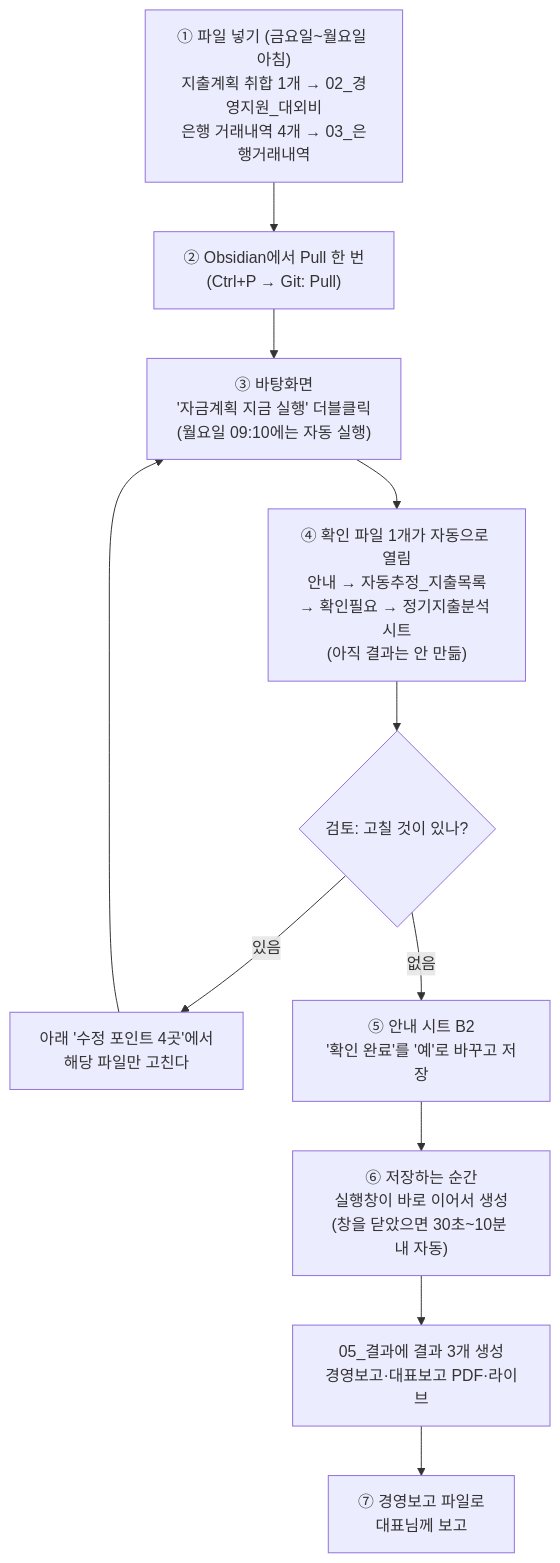
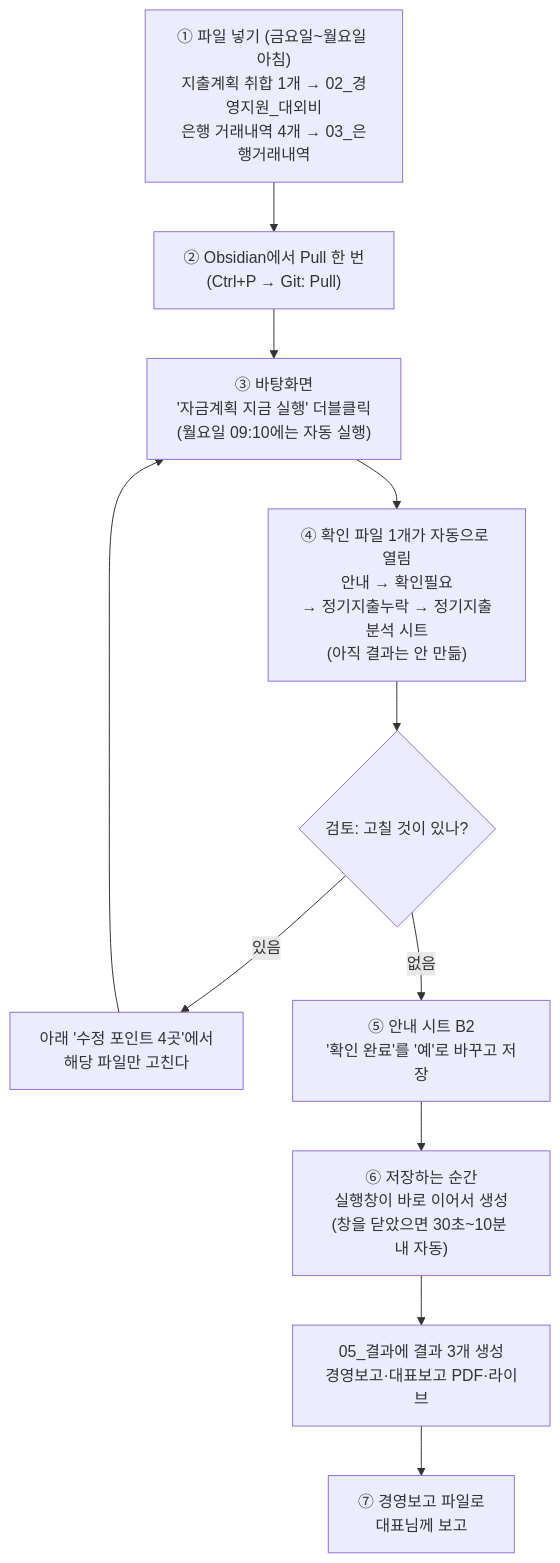
The diagram in 01-Projects/에이팜건강-주간자금계획-자동화/자금계획_자동화_순서도와_사용방법.md (goldgarden9620419-maker/mynotes), drawn with Mermaid before and after one commit. The commit also changed other lines of this file and 11 other files, not shown here.

````diff
--- a/01-Projects/에이팜건강-주간자금계획-자동화/자금계획_자동화_순서도와_사용방법.md
+++ b/01-Projects/에이팜건강-주간자금계획-자동화/자금계획_자동화_순서도와_사용방법.md
@@ -8,13 +8,13 @@
 ```mermaid
 flowchart TD
     A["① 파일 넣기 (금요일~월요일 아침)<br>지출계획 취합 1개 → 02_경영지원_대외비<br>은행 거래내역 4개 → 03_은행거래내역"] --> B["② Obsidian에서 Pull 한 번<br>(Ctrl+P → Git: Pull)"]
     B --> C["③ 바탕화면<br>'자금계획 지금 실행' 더블클릭<br>(월요일 09:10에는 자동 실행)"]
-    C --> D["④ 확인 파일 1개가 자동으로 열림<br>안내 → 자동추정_지출목록<br>→ 확인필요 → 정기지출분석 시트<br>(아직 결과는 안 만듦)"]
+    C --> D["④ 확인 파일 1개가 자동으로 열림<br>안내 → 확인필요<br>→ 정기지출누락 → 정기지출분석 시트<br>(아직 결과는 안 만듦)"]
     D --> E{"검토: 고칠 것이 있나?"}
     E -- 있음 --> G["아래 '수정 포인트 4곳'에서<br>해당 파일만 고친다"]
     G --> C
     E -- 없음 --> H["⑤ 안내 시트 B2<br>'확인 완료'를 '예'로 바꾸고 저장"]
     H --> I["⑥ 저장하는 순간<br>실행창이 바로 이어서 생성<br>(창을 닫았으면 30초~10분 내 자동)"]
     I --> J["05_결과에 결과 3개 생성<br>경영보고·대표보고 PDF·라이브"]
     J --> K["⑦ 경영보고 파일로<br>대표님께 보고"]
 ```
````
